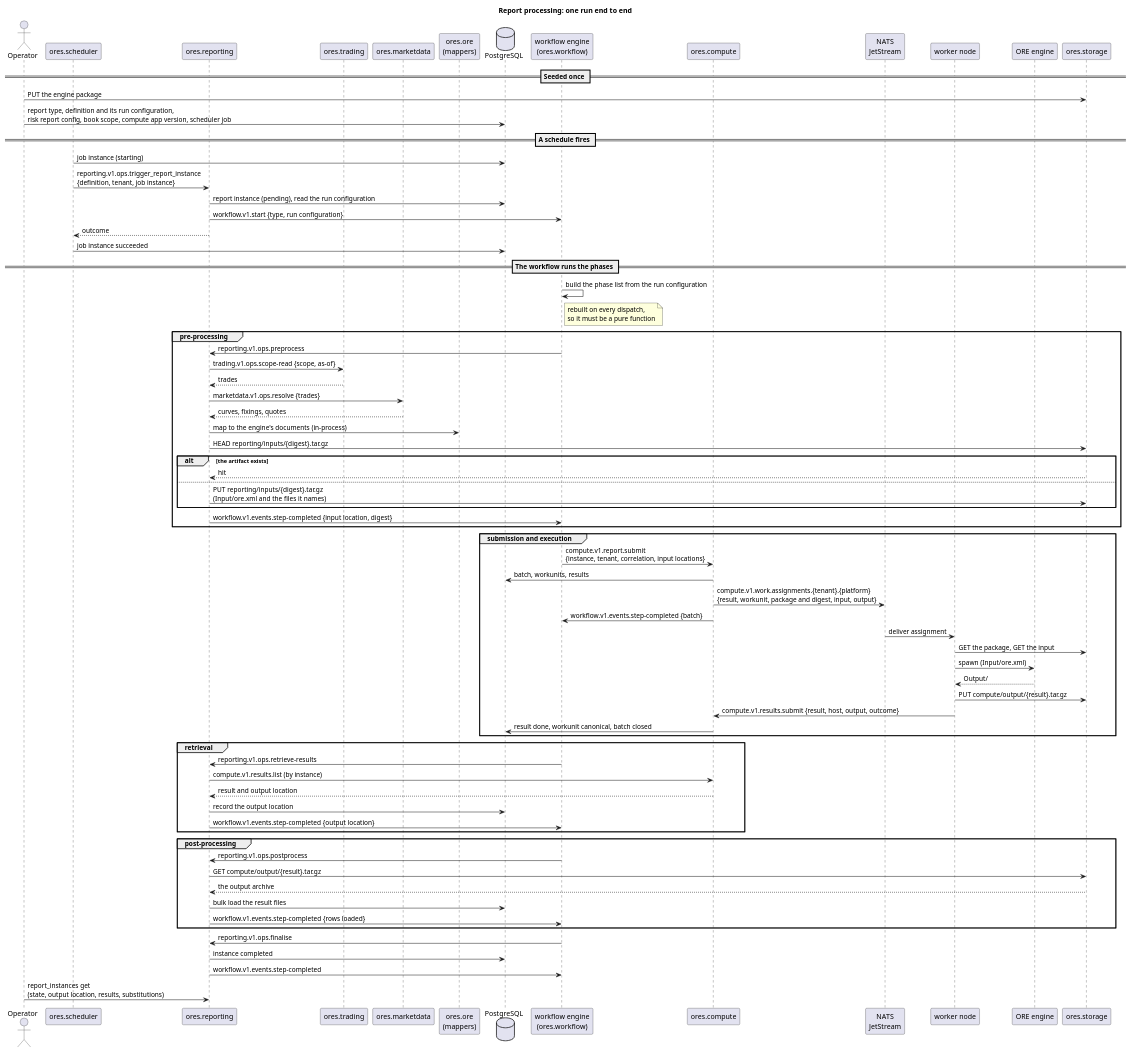
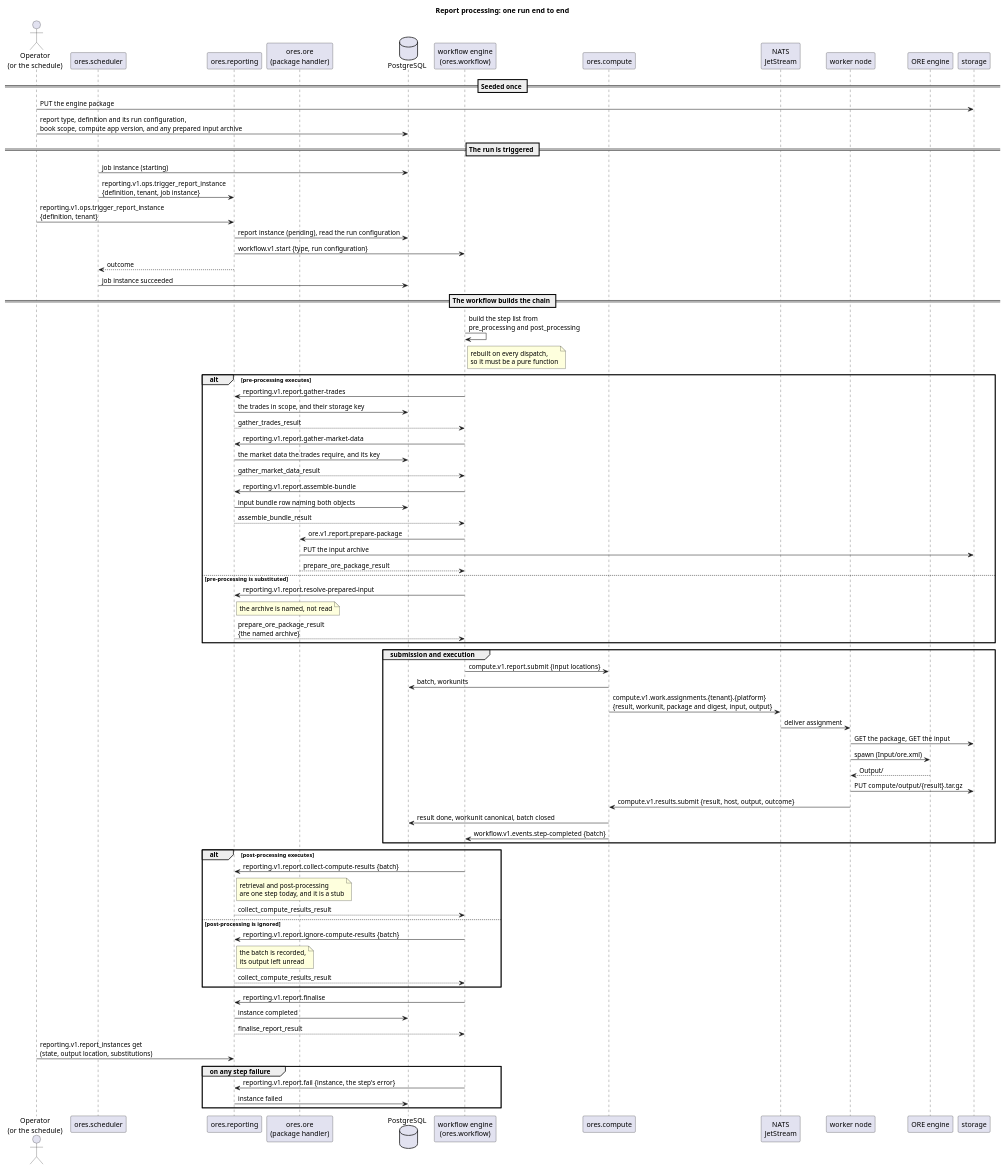
The diagram in doc/knowledge/architecture/report_processing_pipeline.puml (OreStudio/OreStudio), drawn with PlantUML before and after one commit. The commit also changed 8 other files, not shown here.

```diff
--- a/doc/knowledge/architecture/report_processing_pipeline.puml
+++ b/doc/knowledge/architecture/report_processing_pipeline.puml
@@ -18,87 +18,88 @@
 @startuml
 
 title Report processing: one run end to end
 
-actor Operator
+actor "Operator\n(or the schedule)" as Operator
 participant "ores.scheduler" as sched
 participant "ores.reporting" as rep
-participant "ores.trading" as trade
-participant "ores.marketdata" as mkt
-participant "ores.ore\n(mappers)" as ore
+participant "ores.ore\n(package handler)" as ore
 database PostgreSQL as db
 participant "workflow engine\n(ores.workflow)" as wf
 participant "ores.compute" as comp
 participant "NATS\nJetStream" as js
 participant "worker node" as node
 participant "ORE engine" as engine
-participant "ores.storage" as store
+participant "storage" as store
 
 == Seeded once ==
 Operator -> store : PUT the engine package
-Operator -> db : report type, definition and its run configuration,\nrisk report config, book scope, compute app version, scheduler job
+Operator -> db : report type, definition and its run configuration,\nbook scope, compute app version, and any prepared input archive
 
-== A schedule fires ==
+== The run is triggered ==
 sched -> db : job instance (starting)
 sched -> rep : reporting.v1.ops.trigger_report_instance\n{definition, tenant, job instance}
+Operator -> rep : reporting.v1.ops.trigger_report_instance\n{definition, tenant}
 rep -> db : report instance (pending), read the run configuration
 rep -> wf : workflow.v1.start {type, run configuration}
 rep --> sched : outcome
 sched -> db : job instance succeeded
 
-== The workflow runs the phases ==
-wf -> wf : build the phase list from the run configuration
+== The workflow builds the chain ==
+wf -> wf : build the step list from\npre_processing and post_processing
 note right of wf : rebuilt on every dispatch,\nso it must be a pure function
 
-group pre-processing
-    wf -> rep : reporting.v1.ops.preprocess
-    rep -> trade : trading.v1.ops.scope-read {scope, as-of}
-    trade --> rep : trades
-    rep -> mkt : marketdata.v1.ops.resolve {trades}
-    mkt --> rep : curves, fixings, quotes
-    rep -> ore : map to the engine's documents (in-process)
-    rep -> store : HEAD reporting/inputs/{digest}.tar.gz
-    alt the artifact exists
-        store --> rep : hit
-    else
-        rep -> store : PUT reporting/inputs/{digest}.tar.gz\n(Input/ore.xml and the files it names)
-    end
-    rep -> wf : workflow.v1.events.step-completed {input location, digest}
+alt pre-processing executes
+    wf -> rep : reporting.v1.report.gather-trades
+    rep -> db : the trades in scope, and their storage key
+    rep --> wf : gather_trades_result
+    wf -> rep : reporting.v1.report.gather-market-data
+    rep -> db : the market data the trades require, and its key
+    rep --> wf : gather_market_data_result
+    wf -> rep : reporting.v1.report.assemble-bundle
+    rep -> db : input bundle row naming both objects
+    rep --> wf : assemble_bundle_result
+    wf -> ore : ore.v1.report.prepare-package
+    ore -> store : PUT the input archive
+    ore --> wf : prepare_ore_package_result
+else pre-processing is substituted
+    wf -> rep : reporting.v1.report.resolve-prepared-input
+    note right of rep : the archive is named, not read
+    rep --> wf : prepare_ore_package_result\n{the named archive}
 end
 
 group submission and execution
-    wf -> comp : compute.v1.report.submit\n{instance, tenant, correlation, input locations}
-    comp -> db : batch, workunits, results
+    wf -> comp : compute.v1.report.submit {input locations}
+    comp -> db : batch, workunits
     comp -> js : compute.v1.work.assignments.{tenant}.{platform}\n{result, workunit, package and digest, input, output}
-    comp -> wf : workflow.v1.events.step-completed {batch}
     js -> node : deliver assignment
     node -> store : GET the package, GET the input
     node -> engine : spawn (Input/ore.xml)
     engine --> node : Output/
     node -> store : PUT compute/output/{result}.tar.gz
     node -> comp : compute.v1.results.submit {result, host, output, outcome}
     comp -> db : result done, workunit canonical, batch closed
+    comp -> wf : workflow.v1.events.step-completed {batch}
 end
 
-group retrieval
-    wf -> rep : reporting.v1.ops.retrieve-results
-    rep -> comp : compute.v1.results.list (by instance)
-    comp --> rep : result and output location
-    rep -> db : record the output location
-    rep -> wf : workflow.v1.events.step-completed {output location}
+alt post-processing executes
+    wf -> rep : reporting.v1.report.collect-compute-results {batch}
+    note right of rep : retrieval and post-processing\nare one step today, and it is a stub
+    rep --> wf : collect_compute_results_result
+else post-processing is ignored
+    wf -> rep : reporting.v1.report.ignore-compute-results {batch}
+    note right of rep : the batch is recorded,\nits output left unread
+    rep --> wf : collect_compute_results_result
 end
 
-group post-processing
-    wf -> rep : reporting.v1.ops.postprocess
-    rep -> store : GET compute/output/{result}.tar.gz
-    store --> rep : the output archive
-    rep -> db : bulk load the result files
-    rep -> wf : workflow.v1.events.step-completed {rows loaded}
+wf -> rep : reporting.v1.report.finalise
+rep -> db : instance completed
+rep --> wf : finalise_report_result
+
+Operator -> rep : reporting.v1.report_instances get\n(state, output location, substitutions)
+
+group on any step failure
+    wf -> rep : reporting.v1.report.fail {instance, the step's error}
+    rep -> db : instance failed
 end
 
-wf -> rep : reporting.v1.ops.finalise
-rep -> db : instance completed
-rep -> wf : workflow.v1.events.step-completed
-
-Operator -> rep : report_instances get\n(state, output location, results, substitutions)
-
 @enduml
```
